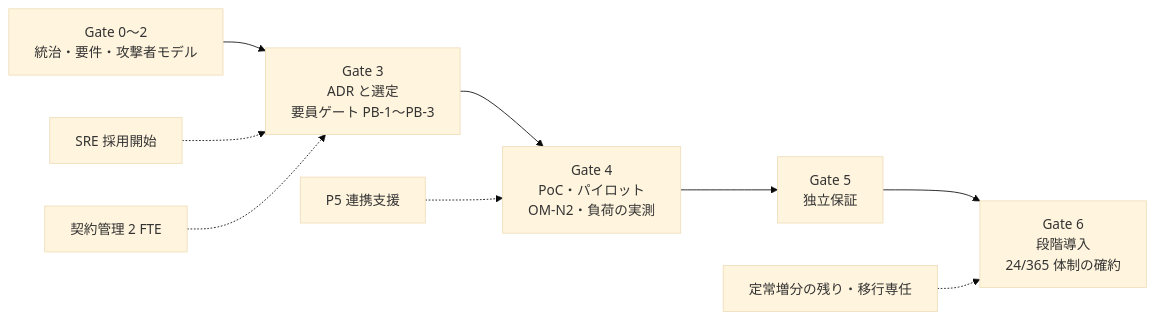
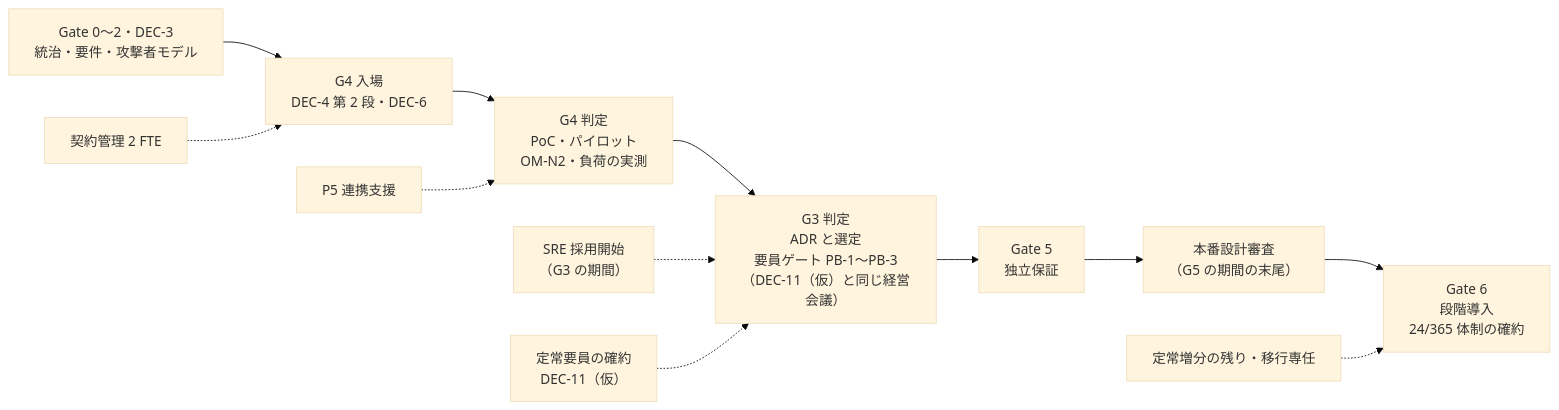
The fourth of 6 diagrams in 08_operations/operating-model.md (Takenori-Kusaka/auth-stack), drawn with Mermaid (base theme) before and after one commit. The commit also changed other lines of this file and 42 other files, not shown here.

````diff
--- a/08_operations/operating-model.md
+++ b/08_operations/operating-model.md
@@ -373,11 +376,14 @@
 ```mermaid
 flowchart LR
-  G0["Gate 0〜2<br/>統治・要件・攻撃者モデル"] --> G3["Gate 3<br/>ADR と選定<br/>要員ゲート PB-1〜PB-3"]
-  G3 --> G4["Gate 4<br/>PoC・パイロット<br/>OM-N2・負荷の実測"]
-  G4 --> G5["Gate 5<br/>独立保証"]
-  G5 --> G6["Gate 6<br/>段階導入<br/>24/365 体制の確約"]
-  H1["SRE 採用開始"] -.-> G3
-  H2["契約管理 2 FTE"] -.-> G3
+  G0["Gate 0〜2・DEC-3<br/>統治・要件・攻撃者モデル"] --> G4E["G4 入場<br/>DEC-4 第 2 段・DEC-6"]
+  G4E --> G4["G4 判定<br/>PoC・パイロット<br/>OM-N2・負荷の実測"]
+  G4 --> G3["G3 判定<br/>ADR と選定<br/>要員ゲート PB-1〜PB-3<br/>（DEC-11（仮）と同じ経営会議）"]
+  G3 --> G5["Gate 5<br/>独立保証"]
+  G5 --> PDR["本番設計審査<br/>（G5 の期間の末尾）"]
+  PDR --> G6["Gate 6<br/>段階導入<br/>24/365 体制の確約"]
+  H1["SRE 採用開始<br/>（G3 の期間）"] -.-> G3
+  H2["契約管理 2 FTE"] -.-> G4E
   H3["P5 連携支援"] -.-> G4
+  H5["定常要員の確約<br/>DEC-11（仮）"] -.-> G3
   H4["定常増分の残り・移行専任"] -.-> G6
 ```
````
